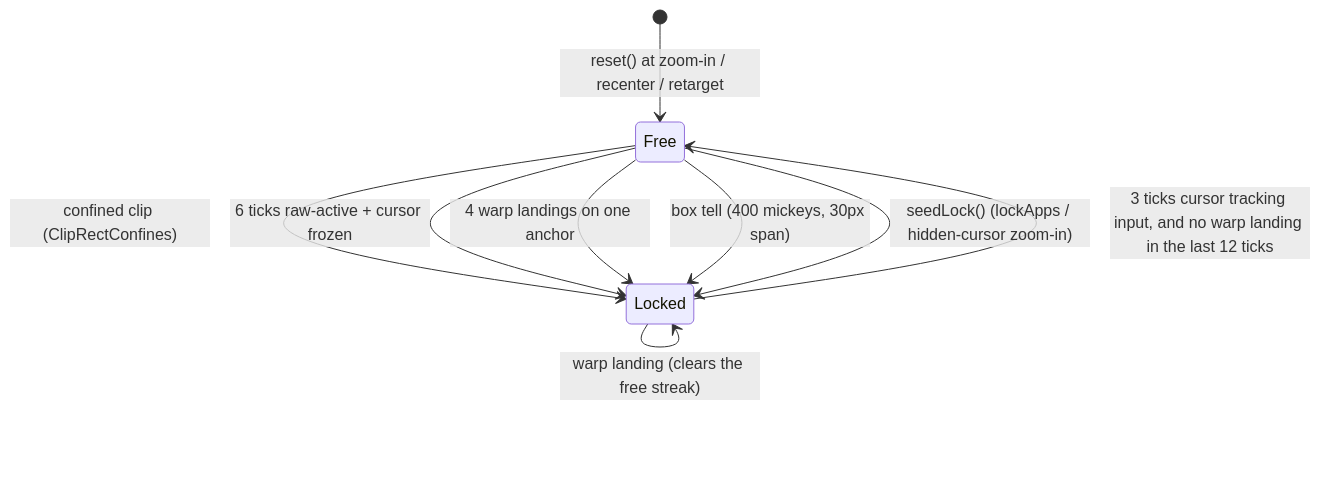
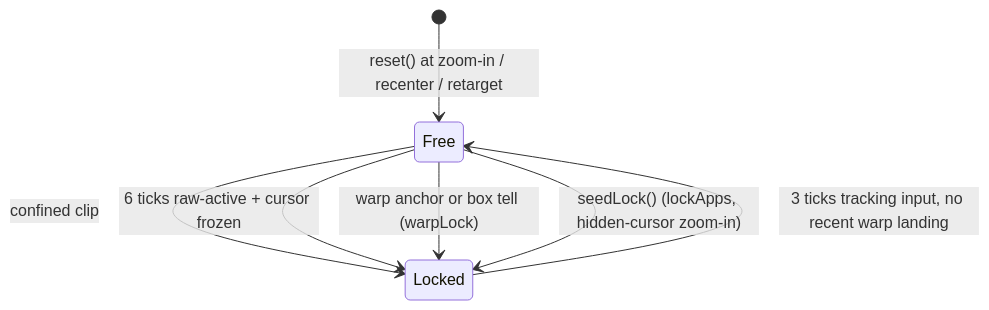
One commit to Maxaubert/Wind changed the first of 2 diagrams in docs/architecture/07-cursor.md. Above: the diagram before and after it, drawn with Mermaid. The commit also changed other lines of this file and 142 other files, not shown here.

First line of the commit message:
docs: overhaul README, CLAUDE.md, architecture and findings (#357) (#358)

````diff
--- a/docs/architecture/07-cursor.md
+++ b/docs/architecture/07-cursor.md
@@ -223,11 +136,9 @@
 ```mermaid
 stateDiagram-v2
     [*] --> Free: reset() at zoom-in / recenter / retarget
-    Free --> Locked: confined clip (ClipRectConfines)
+    Free --> Locked: confined clip
     Free --> Locked: 6 ticks raw-active + cursor frozen
-    Free --> Locked: 4 warp landings on one anchor
-    Free --> Locked: box tell (400 mickeys, 30px span)
-    Free --> Locked: seedLock() (lockApps / hidden-cursor zoom-in)
-    Locked --> Free: 3 ticks cursor tracking input, and no warp landing in the last 12 ticks
-    Locked --> Locked: warp landing (clears the free streak)
+    Free --> Locked: warp anchor or box tell (warpLock)
+    Free --> Locked: seedLock() (lockApps, hidden-cursor zoom-in)
+    Locked --> Free: 3 ticks tracking input, no recent warp landing
 ```
````
